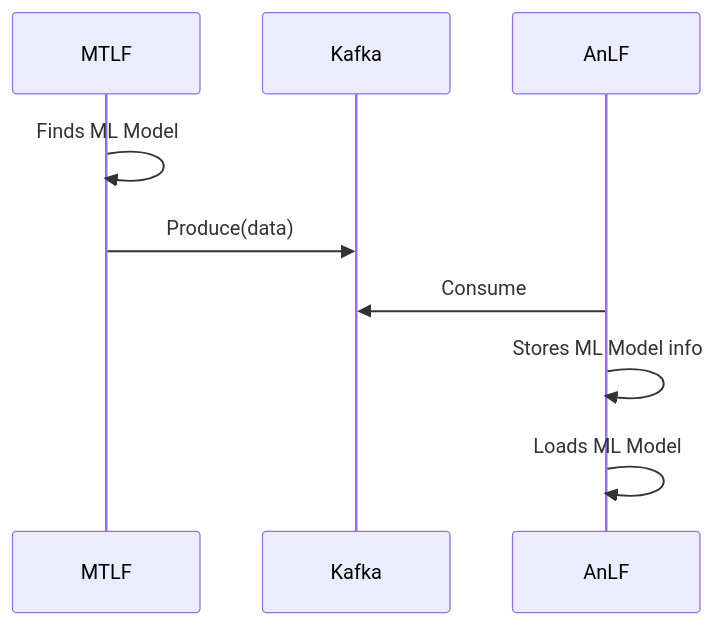
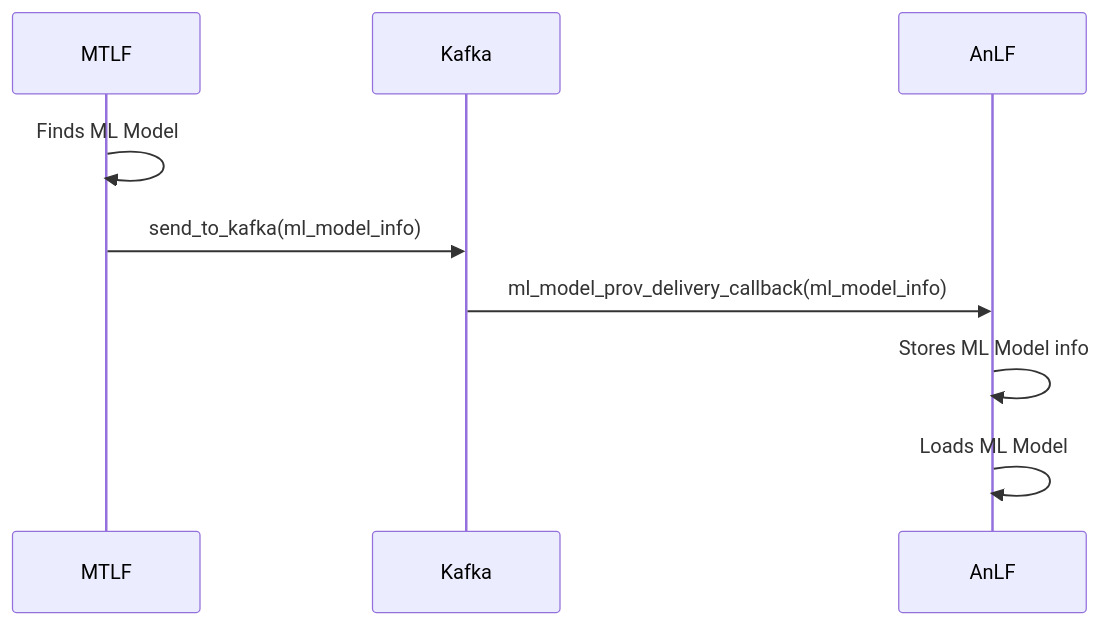
Before and after one commit to merce-fra/5G-NWDAF: the sixth of 6 diagrams in docs/Kafka_Topics_Specification.md, drawn with Mermaid. The commit also changed other lines of this file and 6 other files, not shown here.

````diff
--- a/docs/Kafka_Topics_Specification.md
+++ b/docs/Kafka_Topics_Specification.md
@@ -200,11 +199,11 @@
 ```mermaid
 sequenceDiagram
   participant MT as MTLF
   participant K as Kafka
   participant AN as AnLF
   MT ->> MT: Finds ML Model
-  MT ->> K: Produce(data)
-  AN ->> K: Consume
+  MT ->> K: send_to_kafka(ml_model_info)
+  K ->> AN: ml_model_prov_delivery_callback(ml_model_info)
   AN ->> AN: Stores ML Model info
   AN ->> AN: Loads ML Model
 ```
````
